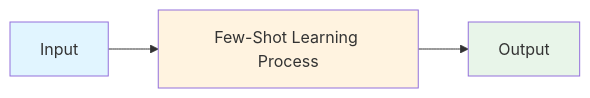
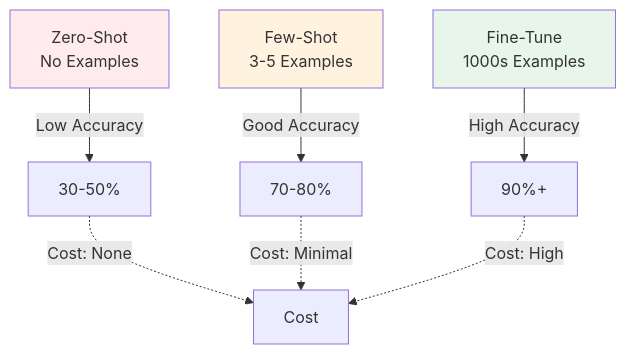
Before and after one commit to souradeepta/interviewprep-ai: the first of 2 diagrams in llm/concepts/few-shot-learning.md, drawn with Mermaid. The commit also changed other lines of this file and 20 other files, not shown here.

First line of the commit message:
feat: enhance 18 LLM concept files with detailed Q&A, diagrams, and real-world examples

````diff
--- a/llm/concepts/few-shot-learning.md
+++ b/llm/concepts/few-shot-learning.md
@@ -40,9 +40,13 @@
 ```mermaid
-graph LR
-    A["Input"] --> B["Few-Shot Learning Process"]
-    B --> C["Output"]
+graph TD
+    A["Zero-Shot<br/>No Examples"] -->|Low Accuracy| B["30-50%"]
+    C["Few-Shot<br/>3-5 Examples"] -->|Good Accuracy| D["70-80%"]
+    E["Fine-Tune<br/>1000s Examples"] -->|High Accuracy| F["90%+"]
+    B -.->|Cost: None| G["Cost"]
+    D -.->|Cost: Minimal| G
+    F -.->|Cost: High| G
 
-    style A fill:#e1f5ff
-    style B fill:#fff3e0
-    style C fill:#e8f5e9
+    style A fill:#ffebee
+    style C fill:#fff3e0
+    style E fill:#e8f5e9
 ```
````
